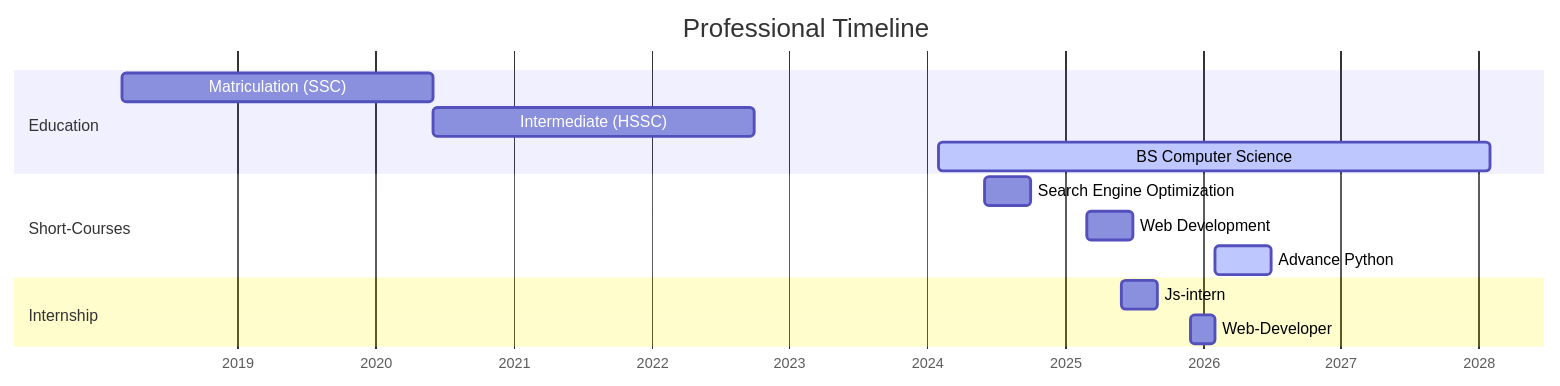
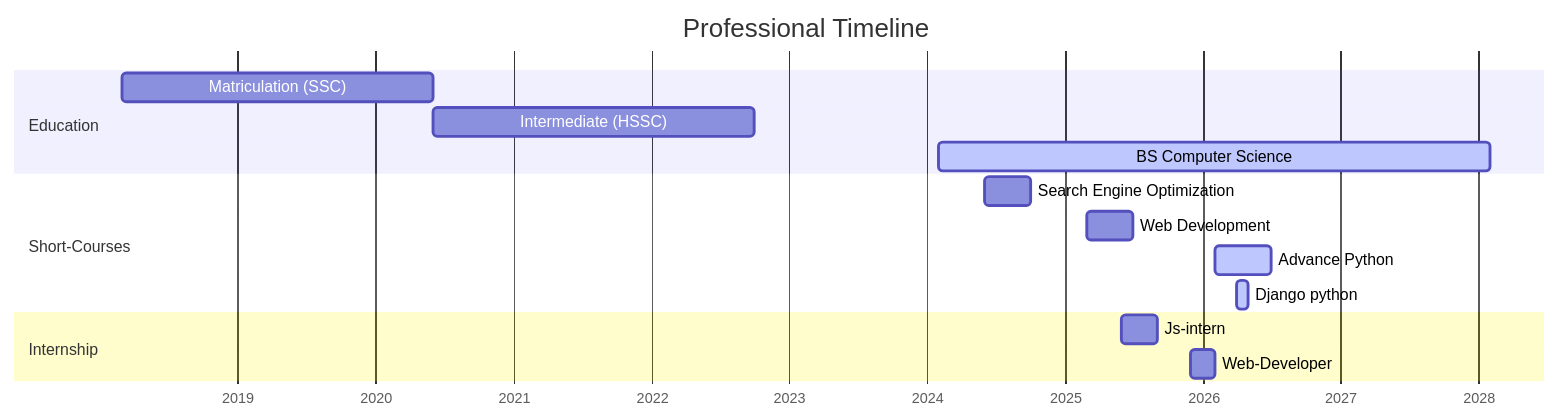
One commit to ahmadubaid061/ahmadubaid061 changed the diagram in README.md. Above: the diagram before and after it, drawn with Mermaid.

````diff
--- a/README.md
+++ b/README.md
@@ -64,24 +64,25 @@
 ```mermaid
 gantt
     title Professional Timeline
     dateFormat  YYYY-MM
     axisFormat %Y
     
     section Education
     Matriculation (SSC) :a1, 2018-03, 2020-06
     Intermediate (HSSC) :a2, after a1, 2022-10
     BS Computer Science :active, a3, 2024-02, 2028-02
     
 
     section Short-Courses
     Search Engine Optimization:a4, 2024-06,2024-10
     Web Development :a5, 2025-03,2025-07
     Advance Python         :active,a6, 2026-02,2026-07
+    Django python          :active,a8, 2026-04,2026-05
     
 
     section Internship
     Js-intern  :a7,2025-06,2025-09
     Web-Developer :a8, 2025-12, 2026-02
 
     
 ```
````
